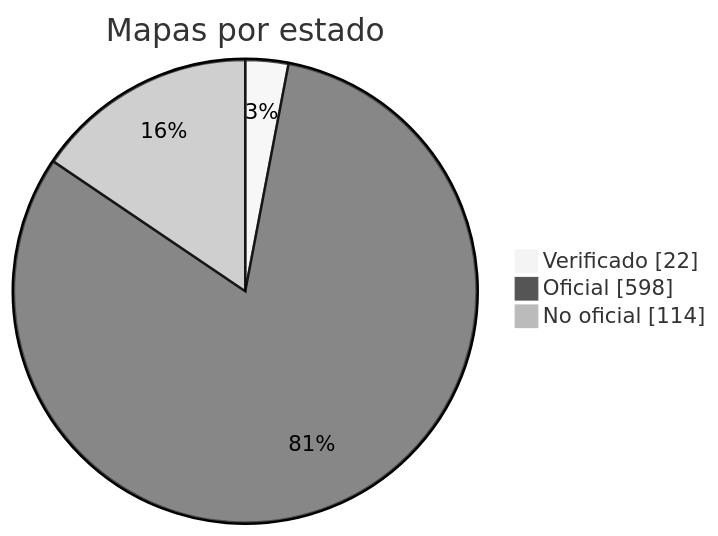
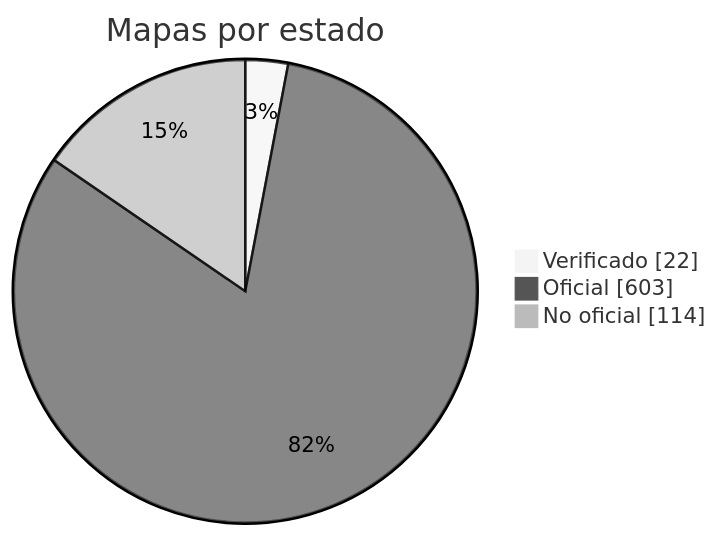
The diagram in docs/readme/README_ES.md (nobrega8/mbmap-library), drawn with Mermaid (neutral theme) before and after one commit. The commit also changed 10 other files, not shown here.

````diff
--- a/docs/readme/README_ES.md
+++ b/docs/readme/README_ES.md
@@ -54,7 +54,7 @@
 ```mermaid
 pie showData
     title Mapas por estado
     "Verificado" : 22
-    "Oficial" : 598
+    "Oficial" : 603
     "No oficial" : 114
 ```
````
